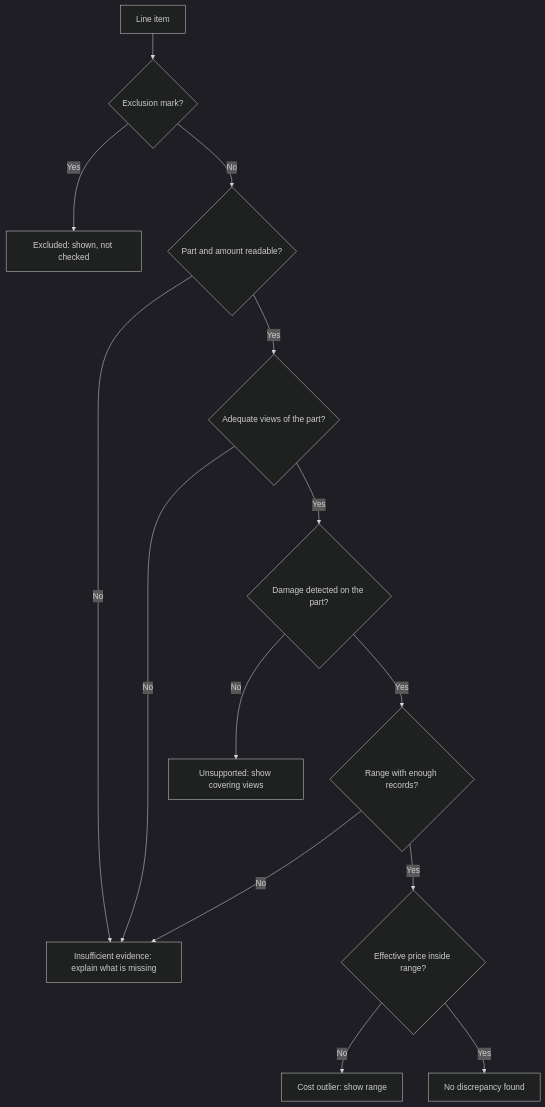
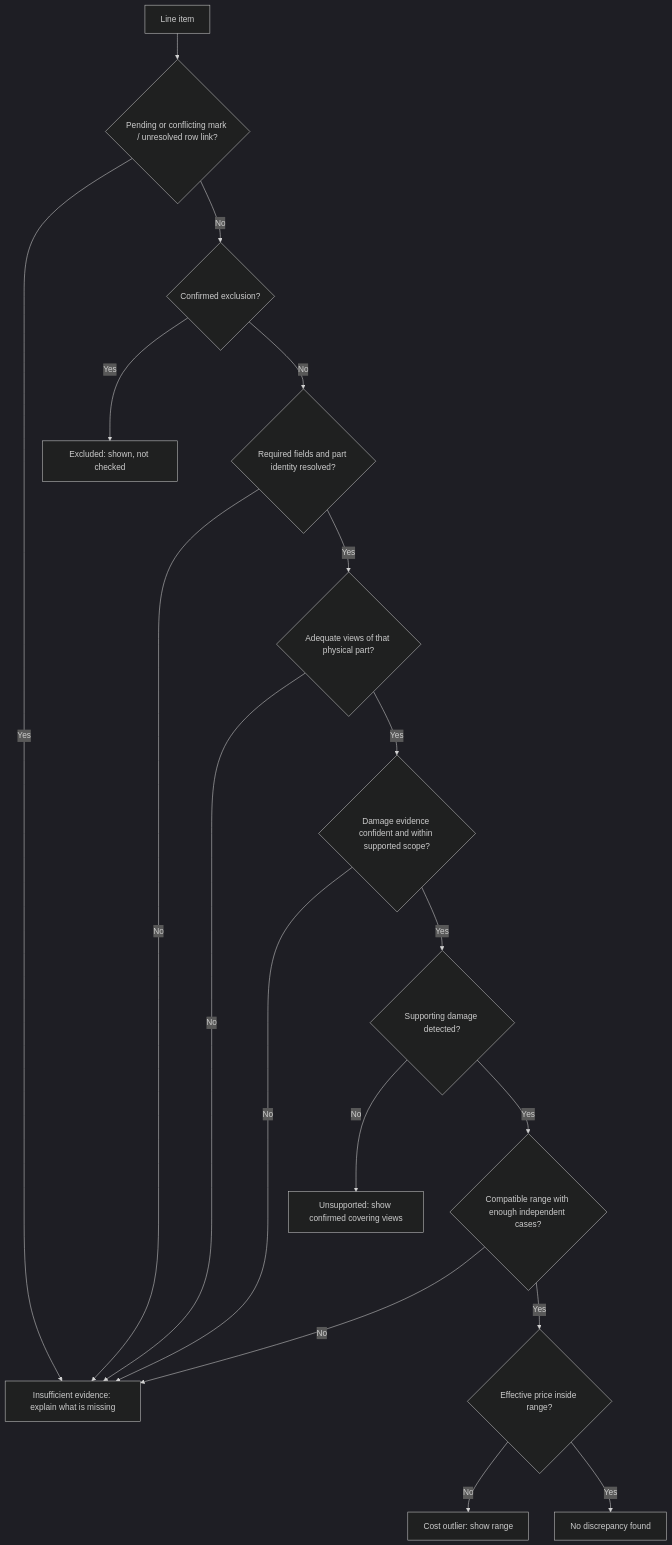
One commit to RodelFMiguel/CLAIM-CMEV changed the third of 5 diagrams in docs/CLAIM-CMEV_project_proposal_v2.md. Above: the diagram before and after it, drawn with Mermaid (dark theme). The commit also changed other lines of this file and 1 other file, not shown here.

````diff
--- a/docs/CLAIM-CMEV_project_proposal_v2.md
+++ b/docs/CLAIM-CMEV_project_proposal_v2.md
@@ -301,16 +307,20 @@
 ```mermaid
 flowchart TD
-    A["Line item"] --> X{"Exclusion mark?"}
+    A["Line item"] --> P{"Pending or conflicting mark / unresolved row link?"}
+    P -->|Yes| I["Insufficient evidence: explain what is missing"]
+    P -->|No| X{"Confirmed exclusion?"}
     X -->|Yes| XE["Excluded: shown, not checked"]
-    X -->|No| B{"Part and amount readable?"}
-    B -->|No| I["Insufficient evidence: explain what is missing"]
-    B -->|Yes| C{"Adequate views of the part?"}
+    X -->|No| B{"Required fields and part identity resolved?"}
+    B -->|No| I
+    B -->|Yes| C{"Adequate views of that physical part?"}
     C -->|No| I
-    C -->|Yes| D{"Damage detected on the part?"}
-    D -->|No| U["Unsupported: show covering views"]
-    D -->|Yes| E{"Range with enough records?"}
+    C -->|Yes| Q{"Damage evidence confident and within supported scope?"}
+    Q -->|No| I
+    Q -->|Yes| D{"Supporting damage detected?"}
+    D -->|No| U["Unsupported: show confirmed covering views"]
+    D -->|Yes| E{"Compatible range with enough independent cases?"}
     E -->|No| I
     E -->|Yes| F{"Effective price inside range?"}
     F -->|No| O["Cost outlier: show range"]
     F -->|Yes| K["No discrepancy found"]
 ```
````
